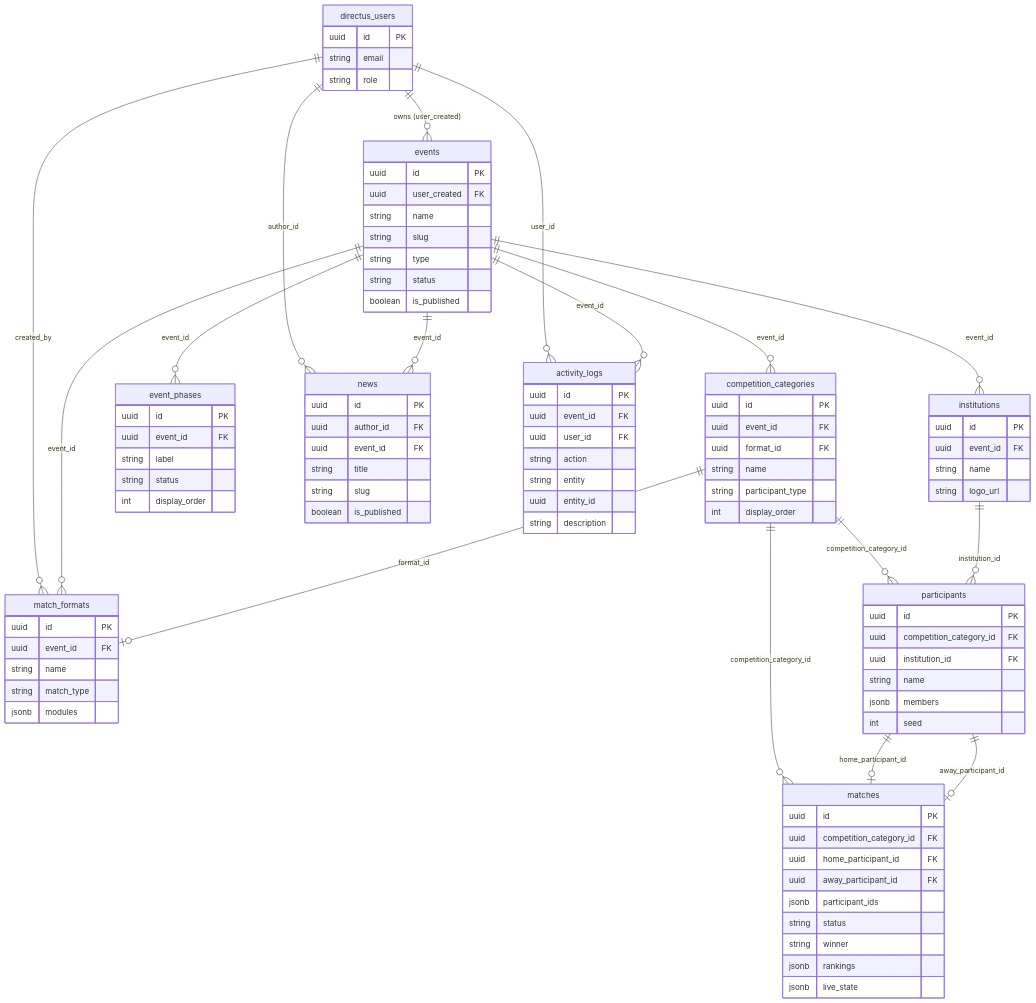
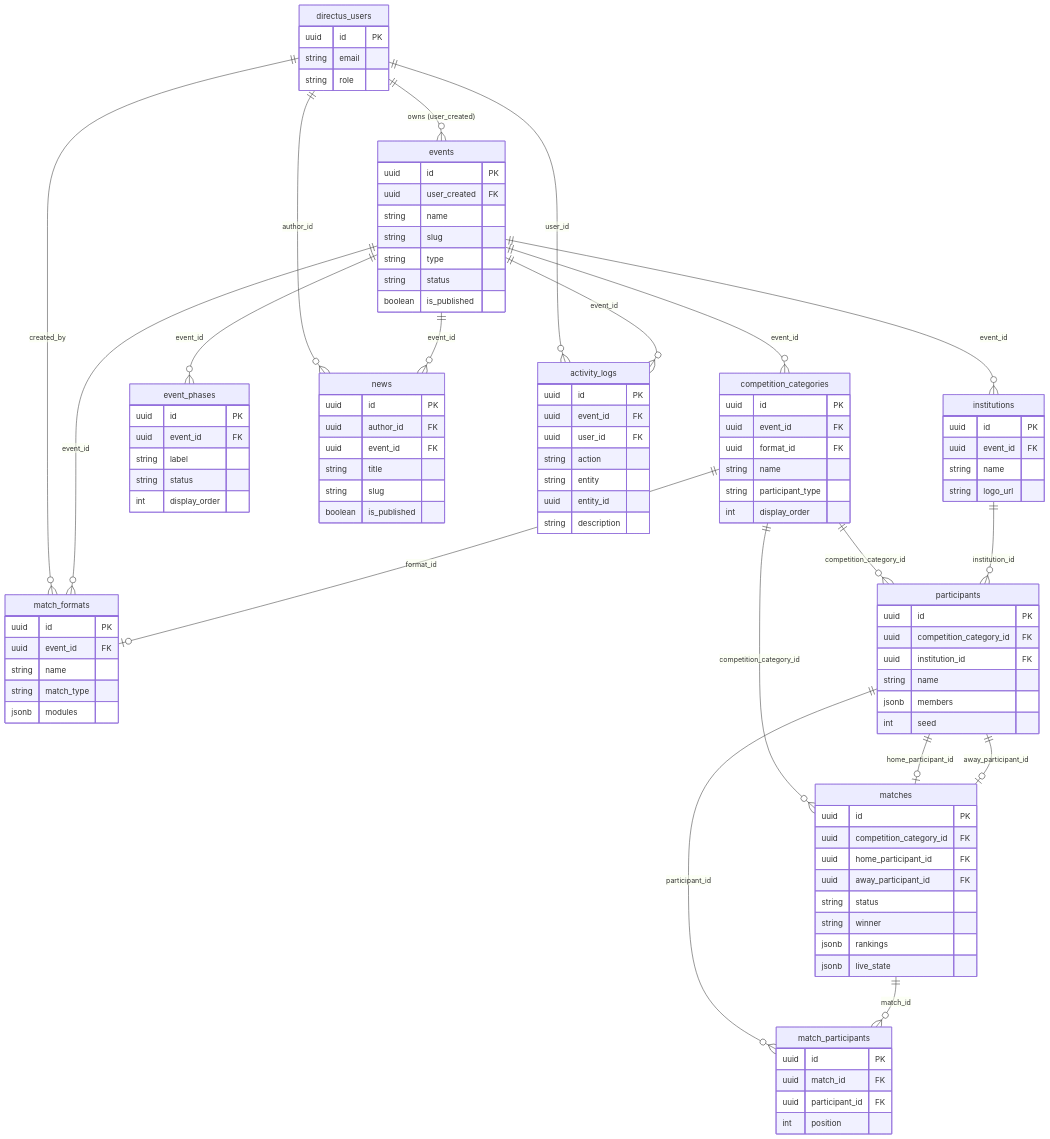
One commit to IWDCproject/IPB-LSA changed the diagram in schema.md. Above: the diagram before and after it, drawn with Mermaid. The commit also changed other lines of this file, not shown here.

Commit message:
chore: schema update

````diff
--- a/schema.md
+++ b/schema.md
@@ -143,11 +169,17 @@
         uuid competition_category_id FK
         uuid home_participant_id FK
         uuid away_participant_id FK
-        jsonb participant_ids
         string status
         string winner
         jsonb rankings
         jsonb live_state
+    }
+
+    match_participants {
+        uuid id PK
+        uuid match_id FK
+        uuid participant_id FK
+        int position
     }
 
     event_phases {
@@ -197,4 +229,7 @@
 
     participants ||--o| matches : "home_participant_id"
     participants ||--o| matches : "away_participant_id"
+    participants ||--o{ match_participants : "participant_id"
+
+    matches ||--o{ match_participants : "match_id"
 ```
````
